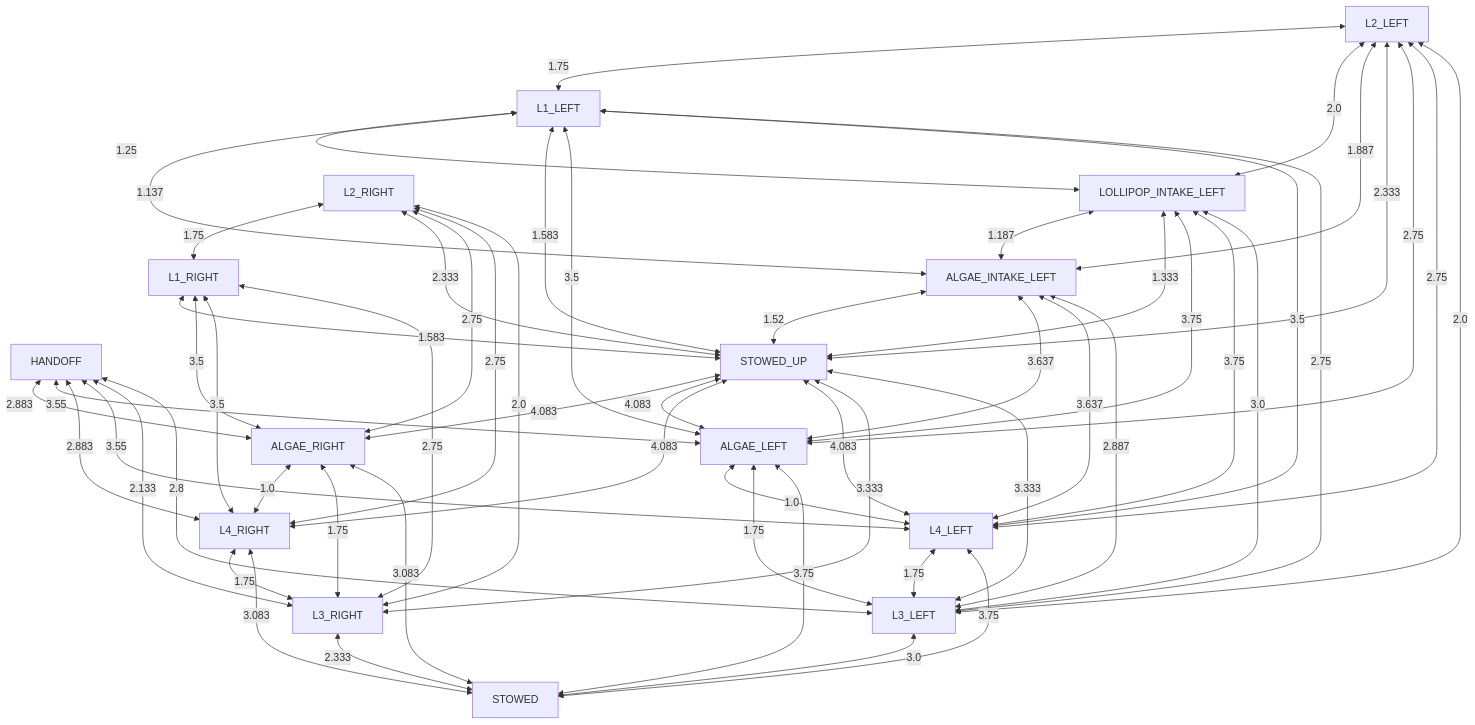
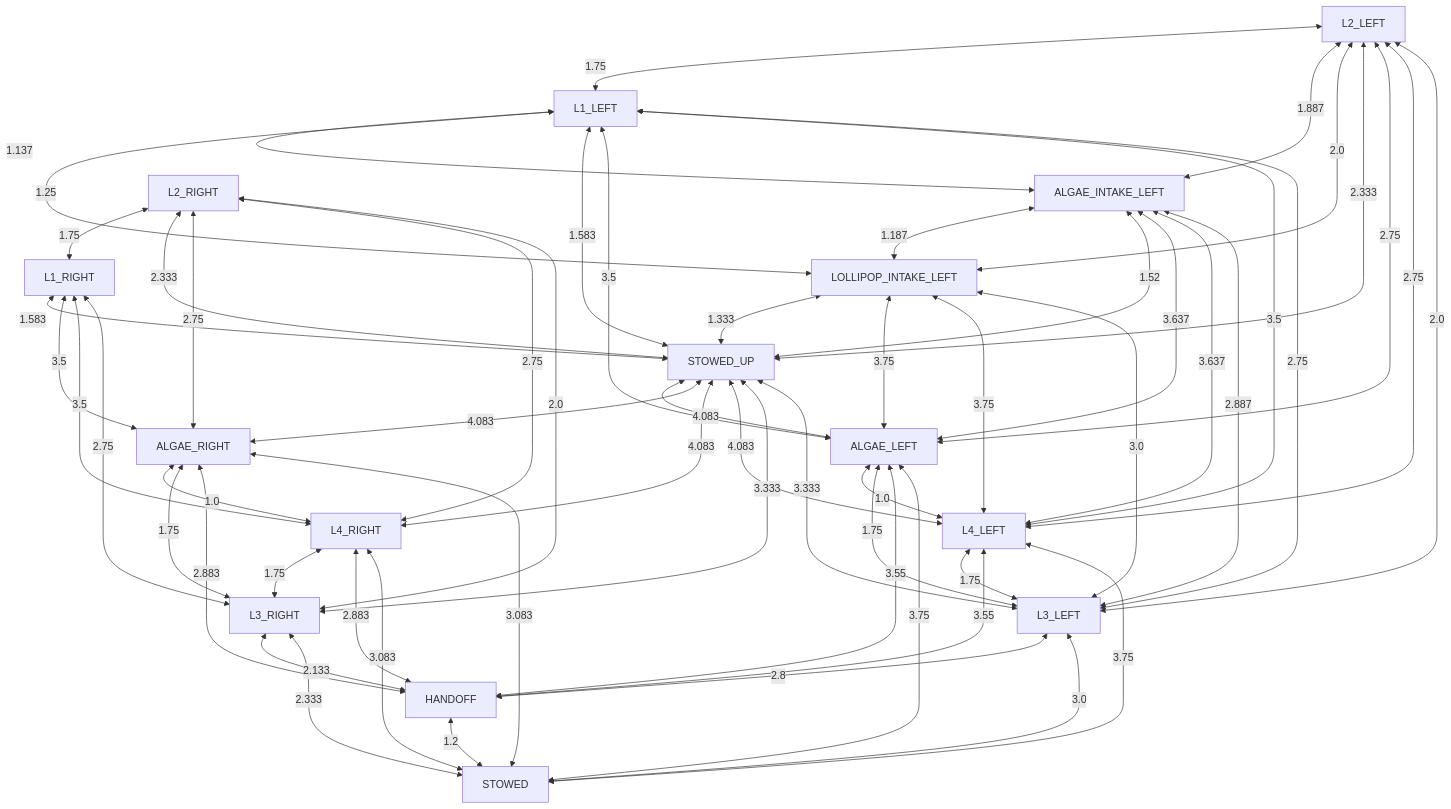
The diagram in docs/collision_avoidance/no_obstruction.md (team581/offseason-2025-comp), drawn with Mermaid before and after one commit. The commit also changed 3 other files, not shown here.

````diff
--- a/docs/collision_avoidance/no_obstruction.md
+++ b/docs/collision_avoidance/no_obstruction.md
@@ -3,59 +3,60 @@
 ```mermaid
 graph TD
 
+HANDOFF <-- 1.2 --> STOWED
 L3_LEFT <-- 3.0 --> STOWED
 L3_RIGHT <-- 2.333 --> STOWED
 L4_LEFT <-- 3.75 --> STOWED
 L4_RIGHT <-- 3.083 --> STOWED
+ALGAE_RIGHT <-- 3.083 --> STOWED
 ALGAE_LEFT <-- 3.75 --> STOWED
-ALGAE_RIGHT <-- 3.083 --> STOWED
-HANDOFF <-- 2.8 --> L3_LEFT
+L3_LEFT <-- 2.8 --> HANDOFF
+L3_RIGHT <-- 2.133 --> HANDOFF
+L4_LEFT <-- 3.55 --> HANDOFF
+L4_RIGHT <-- 2.883 --> HANDOFF
+ALGAE_LEFT <-- 3.55 --> HANDOFF
+ALGAE_RIGHT <-- 2.883 --> HANDOFF
 STOWED_UP <-- 3.333 --> L3_LEFT
 ALGAE_INTAKE_LEFT <-- 2.887 --> L3_LEFT
 LOLLIPOP_INTAKE_LEFT <-- 3.0 --> L3_LEFT
 L1_LEFT <-- 2.75 --> L3_LEFT
 L2_LEFT <-- 2.0 --> L3_LEFT
 L4_LEFT <-- 1.75 --> L3_LEFT
 ALGAE_LEFT <-- 1.75 --> L3_LEFT
-HANDOFF <-- 2.133 --> L3_RIGHT
 STOWED_UP <-- 3.333 --> L3_RIGHT
 L1_RIGHT <-- 2.75 --> L3_RIGHT
 L2_RIGHT <-- 2.0 --> L3_RIGHT
 L4_RIGHT <-- 1.75 --> L3_RIGHT
 ALGAE_RIGHT <-- 1.75 --> L3_RIGHT
-HANDOFF <-- 3.55 --> L4_LEFT
 STOWED_UP <-- 4.083 --> L4_LEFT
 ALGAE_INTAKE_LEFT <-- 3.637 --> L4_LEFT
 LOLLIPOP_INTAKE_LEFT <-- 3.75 --> L4_LEFT
 L1_LEFT <-- 3.5 --> L4_LEFT
 L2_LEFT <-- 2.75 --> L4_LEFT
 ALGAE_LEFT <-- 1.0 --> L4_LEFT
-HANDOFF <-- 2.883 --> L4_RIGHT
 STOWED_UP <-- 4.083 --> L4_RIGHT
 L1_RIGHT <-- 3.5 --> L4_RIGHT
 L2_RIGHT <-- 2.75 --> L4_RIGHT
 ALGAE_RIGHT <-- 1.0 --> L4_RIGHT
-HANDOFF <-- 3.55 --> ALGAE_LEFT
+STOWED_UP <-- 4.083 --> ALGAE_RIGHT
+L1_RIGHT <-- 3.5 --> ALGAE_RIGHT
+L2_RIGHT <-- 2.75 --> ALGAE_RIGHT
 STOWED_UP <-- 4.083 --> ALGAE_LEFT
 ALGAE_INTAKE_LEFT <-- 3.637 --> ALGAE_LEFT
 LOLLIPOP_INTAKE_LEFT <-- 3.75 --> ALGAE_LEFT
 L1_LEFT <-- 3.5 --> ALGAE_LEFT
 L2_LEFT <-- 2.75 --> ALGAE_LEFT
-HANDOFF <-- 2.883 --> ALGAE_RIGHT
-STOWED_UP <-- 4.083 --> ALGAE_RIGHT
-L1_RIGHT <-- 3.5 --> ALGAE_RIGHT
-L2_RIGHT <-- 2.75 --> ALGAE_RIGHT
+LOLLIPOP_INTAKE_LEFT <-- 1.333 --> STOWED_UP
 ALGAE_INTAKE_LEFT <-- 1.52 --> STOWED_UP
-LOLLIPOP_INTAKE_LEFT <-- 1.333 --> STOWED_UP
 L1_LEFT <-- 1.583 --> STOWED_UP
 L2_LEFT <-- 2.333 --> STOWED_UP
 L1_RIGHT <-- 1.583 --> STOWED_UP
 L2_RIGHT <-- 2.333 --> STOWED_UP
-LOLLIPOP_INTAKE_LEFT <-- 1.187 --> ALGAE_INTAKE_LEFT
+ALGAE_INTAKE_LEFT <-- 1.187 --> LOLLIPOP_INTAKE_LEFT
+L1_LEFT <-- 1.25 --> LOLLIPOP_INTAKE_LEFT
+L2_LEFT <-- 2.0 --> LOLLIPOP_INTAKE_LEFT
 L1_LEFT <-- 1.137 --> ALGAE_INTAKE_LEFT
 L2_LEFT <-- 1.887 --> ALGAE_INTAKE_LEFT
-L1_LEFT <-- 1.25 --> LOLLIPOP_INTAKE_LEFT
-L2_LEFT <-- 2.0 --> LOLLIPOP_INTAKE_LEFT
 L2_LEFT <-- 1.75 --> L1_LEFT
 L2_RIGHT <-- 1.75 --> L1_RIGHT
 ```
````
